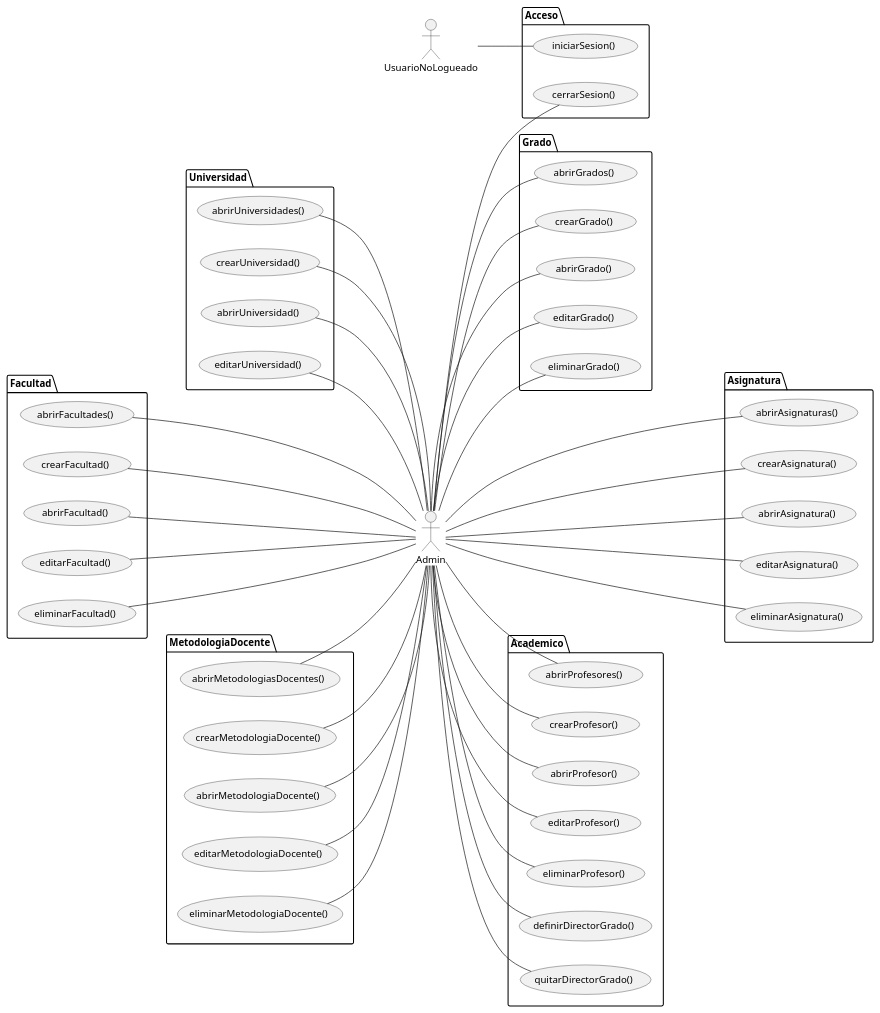
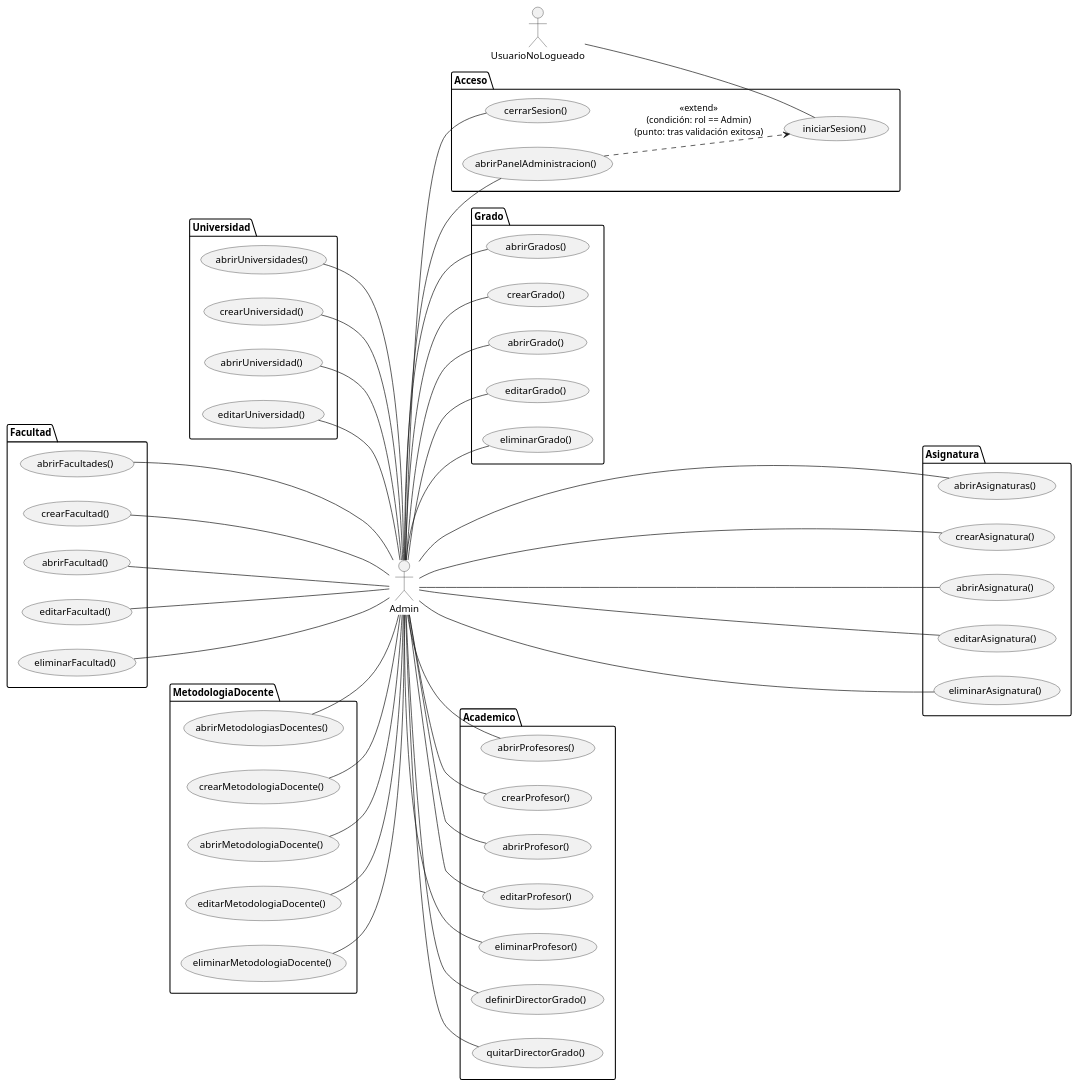
The diagram in RUP/01-requisitos/01-actores-casos-uso/actoresCasosUsoAdminCatalogos.puml (mmasias/pyCeldaPublico), drawn with PlantUML before and after one commit. The commit also changed 57 other files, not shown here.

First line of the commit message:
feat(catalogo): abrirPanelAdministracion() + resuelve completarGestion() en los tres diagramas de contexto

```diff
--- a/RUP/01-requisitos/01-actores-casos-uso/actoresCasosUsoAdminCatalogos.puml
+++ b/RUP/01-requisitos/01-actores-casos-uso/actoresCasosUsoAdminCatalogos.puml
@@ -1,120 +1,130 @@
 @startuml actoresCasosUsoAdminCatalogos
 
 left to right direction
 
 ' Vista de Admin, partida de actoresCasosUso.puml -- mismos usecase id, solo
 ' el subconjunto que usa este actor. El fichero completo (actoresCasosUso.puml)
 ' se retiró -- el reparto por actor es la fuente de verdad.
 '
 ' Solo "Catálogos institucionales" -- el resto de Admin (Profesorado de
 ' asignaturas, Curso académico, Configuración del grado, Guía docente) vive
 ' en actoresCasosUsoAdminOperativa.puml.
 
 actor Admin
 
-' Acceso: sin <<include>> hacia otro CU -- a diferencia de Profesor/DirectorGrado
-' (issue #48/#49/#50), el aterrizaje de Admin (dashboard de SISTEMA_DISPONIBLE)
-' es contenido propio, no reutilizado -- issue #51. Entrada a todo Admin, no
-' solo a los catálogos de este fichero (también a actoresCasosUsoAdminOperativa.puml).
+' Acceso: abrirPanelAdministracion() EXTIENDE a iniciarSesion() -- mismo
+' mecanismo que Profesor/abrirAsignaturasGrado() y DirectorGrado/abrirGrados()
+' (issues #48/#49/#50). Corrección sobre la versión anterior (issue #51): se
+' había modelado como contenido propio de iniciarSesion(), sin CU propio --
+' error, detectado al cerrar el patrón completo de completarGestion() en los
+' tres diagramas de contexto (discussion #47): SISTEMA_DISPONIBLE es también
+' destino de las vueltas desde cada área de catálogo (antes completarGestion()
+' genérico, ver diagramaContextoAdmin.puml), y ese destino necesita nombre
+' propio igual que ASIGNATURAS_GRADO_ABIERTO/GRADOS_ABIERTO ya lo tenían.
+' Entrada a todo Admin, no solo a los catálogos de este fichero (también a
+' actoresCasosUsoAdminOperativa.puml).
 '
 ' iniciarSesion() lo invoca UsuarioNoLogueado, no Admin -- mismo error
 ' sistemático corregido en actoresCasosUsoProfesor.puml: el rol específico
 ' solo existe después de validar credenciales. Admin (ya identificado) invoca
 ' cerrarSesion(), nunca iniciarSesion().
 actor UsuarioNoLogueado
 package Acceso {
   usecase iniciarSesion as "iniciarSesion()"
   usecase cerrarSesion as "cerrarSesion()"
+  usecase abrirPanelAdministracion as "abrirPanelAdministracion()"
 }
 
 UsuarioNoLogueado -- iniciarSesion
 Admin -- cerrarSesion
+Admin -- abrirPanelAdministracion
+abrirPanelAdministracion ..> iniciarSesion : <<extend>>\n(condición: rol == Admin)\n(punto: tras validación exitosa)
 
   package Universidad {
     usecase abrirUniversidades as "abrirUniversidades()"
     usecase crearUniversidad as "crearUniversidad()"
     usecase abrirUniversidad as "abrirUniversidad()"
     usecase editarUniversidad as "editarUniversidad()"
   }
 
   package Facultad {
     usecase abrirFacultades as "abrirFacultades()"
     usecase crearFacultad as "crearFacultad()"
     usecase abrirFacultad as "abrirFacultad()"
     usecase editarFacultad as "editarFacultad()"
     usecase eliminarFacultad as "eliminarFacultad()"
   }
 
   package Grado {
     usecase abrirGrados as "abrirGrados()"
     usecase crearGrado as "crearGrado()"
     usecase abrirGrado as "abrirGrado()"
     usecase editarGrado as "editarGrado()"
     usecase eliminarGrado as "eliminarGrado()"
   }
 
   package Asignatura {
     usecase abrirAsignaturas as "abrirAsignaturas()"
     usecase crearAsignatura as "crearAsignatura()"
     usecase abrirAsignatura as "abrirAsignatura()"
     usecase editarAsignatura as "editarAsignatura()"
     usecase eliminarAsignatura as "eliminarAsignatura()"
   }
 
   package MetodologiaDocente {
     usecase abrirMetodologiasDocentes as "abrirMetodologiasDocentes()"
     usecase crearMetodologiaDocente as "crearMetodologiaDocente()"
     usecase abrirMetodologiaDocente as "abrirMetodologiaDocente()"
     usecase editarMetodologiaDocente as "editarMetodologiaDocente()"
     usecase eliminarMetodologiaDocente as "eliminarMetodologiaDocente()"
   }
 
   package Academico {
     usecase abrirProfesores as "abrirProfesores()"
     usecase crearProfesor as "crearProfesor()"
     usecase abrirProfesor as "abrirProfesor()"
     usecase editarProfesor as "editarProfesor()"
     usecase eliminarProfesor as "eliminarProfesor()"
     usecase definirDirectorGrado as "definirDirectorGrado()"
     usecase quitarDirectorGrado as "quitarDirectorGrado()"
   }
 
 
 abrirUniversidades -- Admin
 crearUniversidad -- Admin
 abrirUniversidad -- Admin
 editarUniversidad -- Admin
 
 abrirFacultades --- Admin
 crearFacultad --- Admin
 abrirFacultad --- Admin
 editarFacultad --- Admin
 eliminarFacultad --- Admin
 
 Admin -- abrirGrados
 Admin -- crearGrado
 Admin -- abrirGrado
 Admin -- editarGrado
 Admin -- eliminarGrado
 
 Admin ---- abrirAsignaturas
 Admin ---- crearAsignatura
 Admin ---- abrirAsignatura
 Admin ---- editarAsignatura
 Admin ---- eliminarAsignatura
 
 abrirMetodologiasDocentes -- Admin
 crearMetodologiaDocente -- Admin
 abrirMetodologiaDocente -- Admin
 editarMetodologiaDocente -- Admin
 eliminarMetodologiaDocente -- Admin
 
 Admin -- abrirProfesores
 Admin -- crearProfesor
 Admin -- abrirProfesor
 Admin -- editarProfesor
 Admin -- eliminarProfesor
 Admin -- definirDirectorGrado
 Admin -- quitarDirectorGrado
 
 @enduml
```
